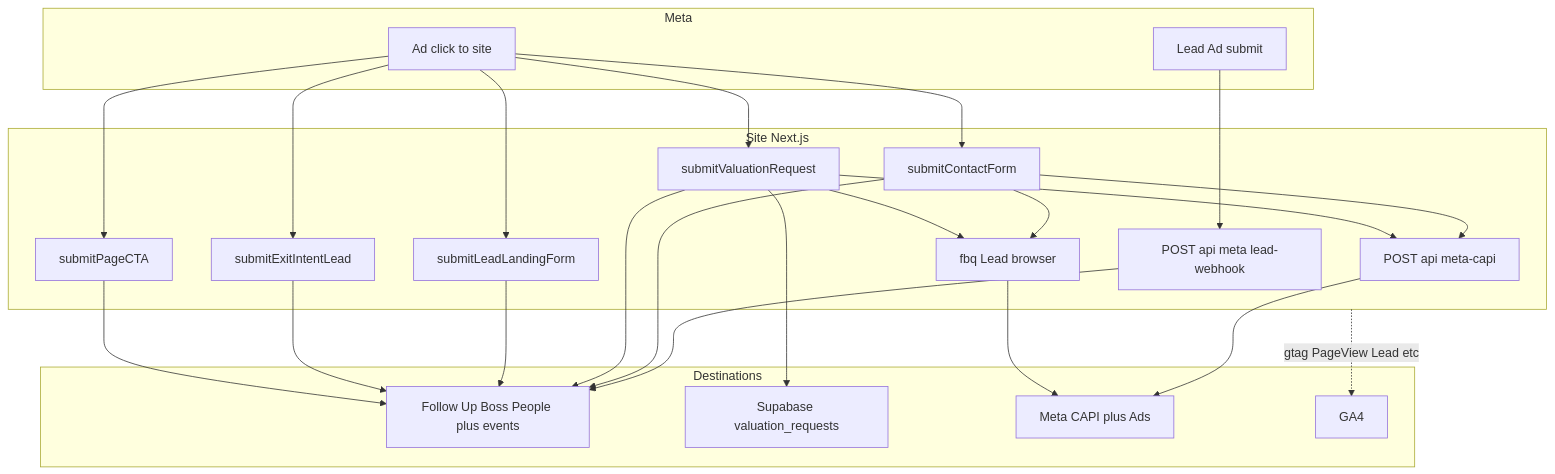
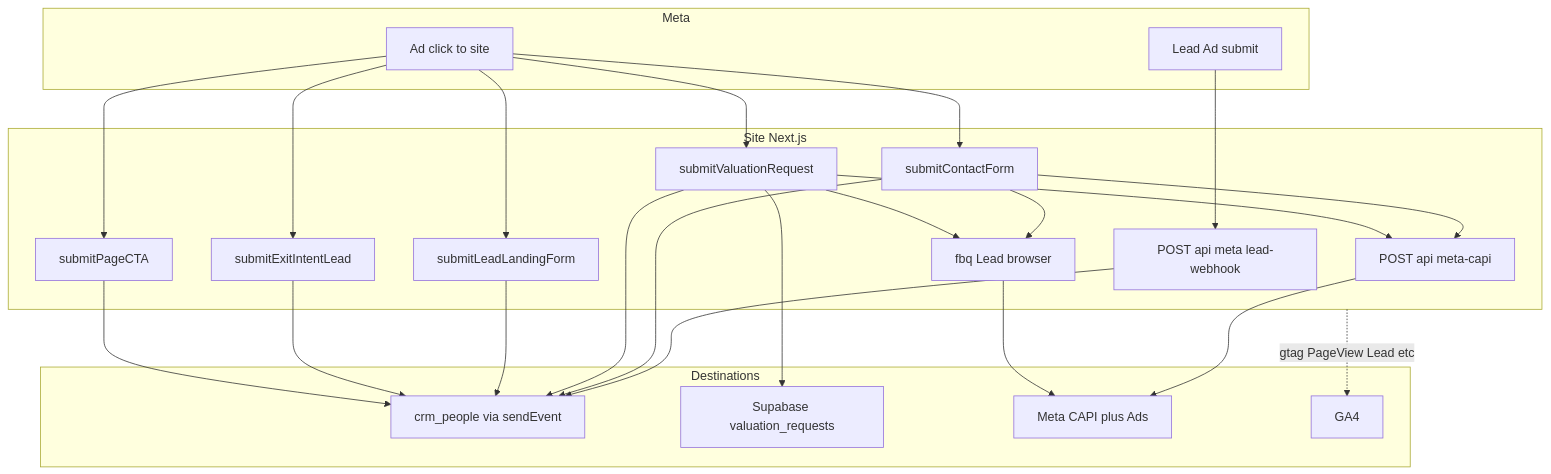
One commit to RyanRealty/RyanRealty changed the diagram in docs/MARKETING_LEAD_FLOW.md. Above: the diagram before and after it, drawn with Mermaid. The commit also changed other lines of this file and 10 other files, not shown here.

First line of the commit message:
docs: drop follow up boss from marketing playbooks

````diff
--- a/docs/MARKETING_LEAD_FLOW.md
+++ b/docs/MARKETING_LEAD_FLOW.md
@@ -43,51 +43,51 @@
 ```mermaid
 flowchart TB
     subgraph META["Meta"]
         LA["Lead Ad submit"]
         CLK["Ad click to site"]
     end
 
     subgraph SITE["Site Next.js"]
         WH["POST api meta lead-webhook"]
         CF["submitContactForm"]
         HV["submitValuationRequest"]
         LI["submitLeadLandingForm"]
         EX["submitExitIntentLead"]
         PC["submitPageCTA"]
         CAPI["POST api meta-capi"]
         PIX["fbq Lead browser"]
     end
 
     subgraph DEST["Destinations"]
-        FUB["Follow Up Boss People plus events"]
+        CRM["crm_people via sendEvent"]
         SBV["Supabase valuation_requests"]
         METAUP["Meta CAPI plus Ads"]
         GA4["GA4"]
     end
 
     LA --> WH
-    WH --> FUB
+    WH --> CRM
 
     CLK --> CF
     CLK --> HV
     CLK --> LI
     CLK --> EX
     CLK --> PC
 
-    CF --> FUB
+    CF --> CRM
     CF --> CAPI
     CF --> PIX
     CAPI --> METAUP
 
     HV --> SBV
-    HV --> FUB
+    HV --> CRM
     HV --> CAPI
     HV --> PIX
 
-    LI --> FUB
-    EX --> FUB
-    PC --> FUB
+    LI --> CRM
+    EX --> CRM
+    PC --> CRM
 
     PIX --> METAUP
     SITE -. gtag PageView Lead etc .-> GA4
 ```
````
